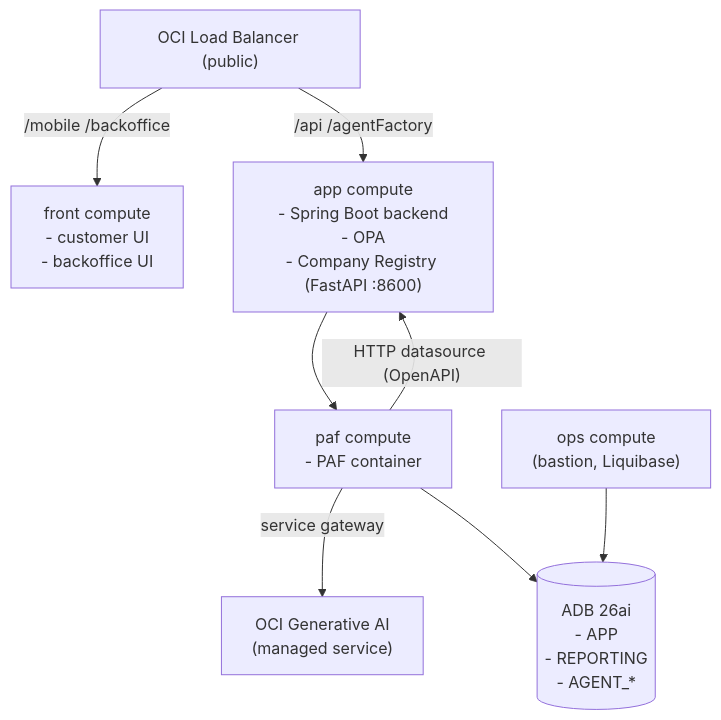
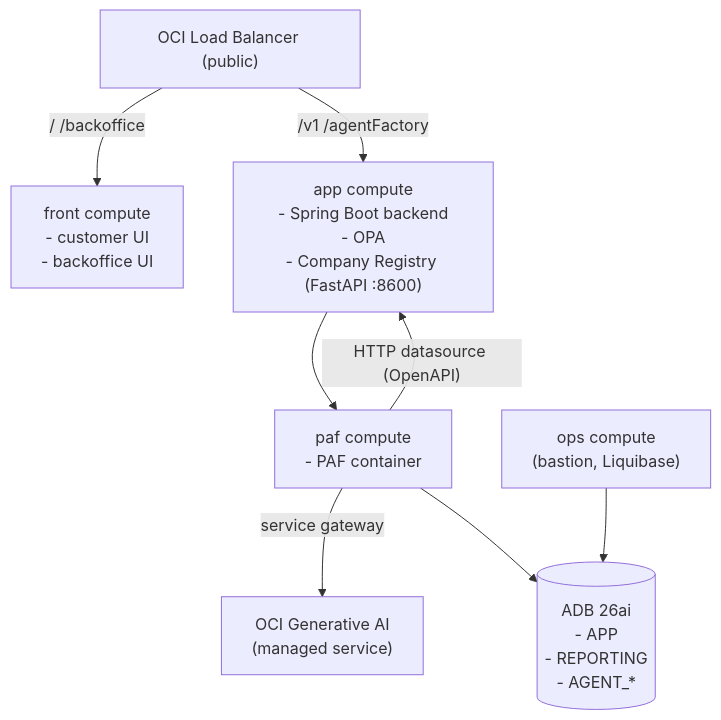
One commit to vmleon/oracle-database-private-agent-factory-poc changed the second of 2 diagrams in docs/DEPLOYMENT.md. Above: the diagram before and after it, drawn with Mermaid. The commit also changed other lines of this file and 16 other files, not shown here.

````diff
--- a/docs/DEPLOYMENT.md
+++ b/docs/DEPLOYMENT.md
@@ -122,18 +122,18 @@
 ```mermaid
 flowchart TB
     lb["OCI Load Balancer (public)"]
     front["front compute<br/>- customer UI<br/>- backoffice UI"]
     app["app compute<br/>- Spring Boot backend<br/>- OPA<br/>- Company Registry (FastAPI :8600)"]
     paf["paf compute<br/>- PAF container"]
     genai["OCI Generative AI<br/>(managed service)"]
     adb[("ADB 26ai<br/>- APP<br/>- REPORTING<br/>- AGENT_*")]
     ops["ops compute<br/>(bastion, Liquibase)"]
 
-    lb -- "/mobile  /backoffice" --> front
-    lb -- "/api  /agentFactory" --> app
+    lb -- "/  /backoffice" --> front
+    lb -- "/v1  /agentFactory" --> app
     app --> paf
     paf -- "HTTP datasource (OpenAPI)" --> app
     paf -- "service gateway" --> genai
     paf --> adb
     ops --> adb
 ```
````
